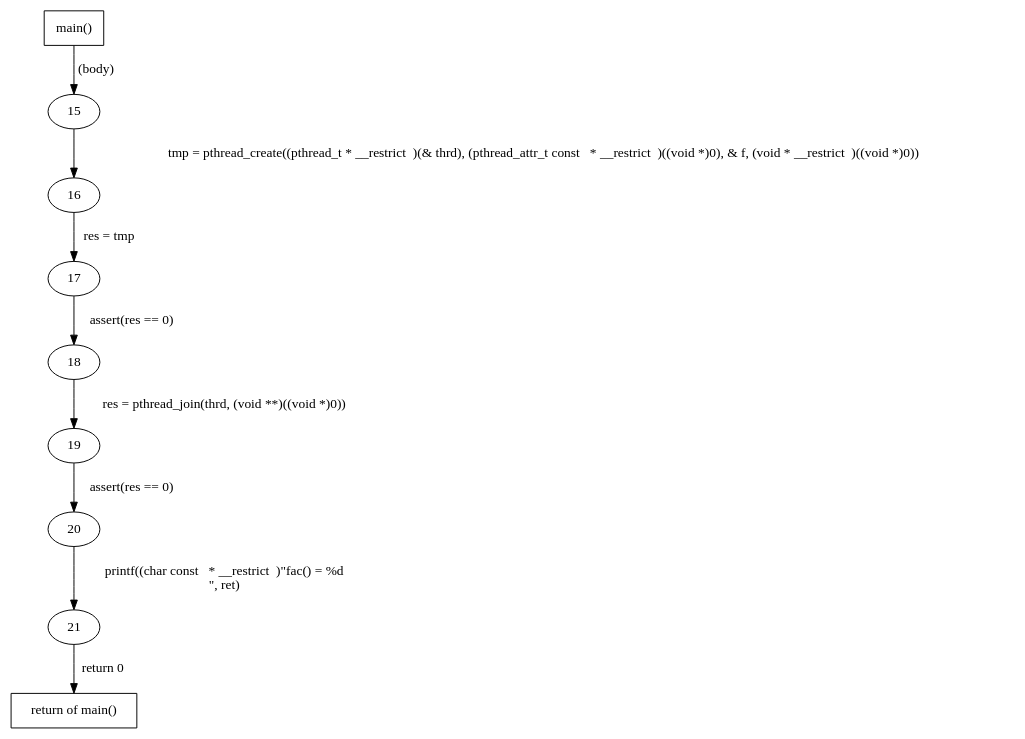
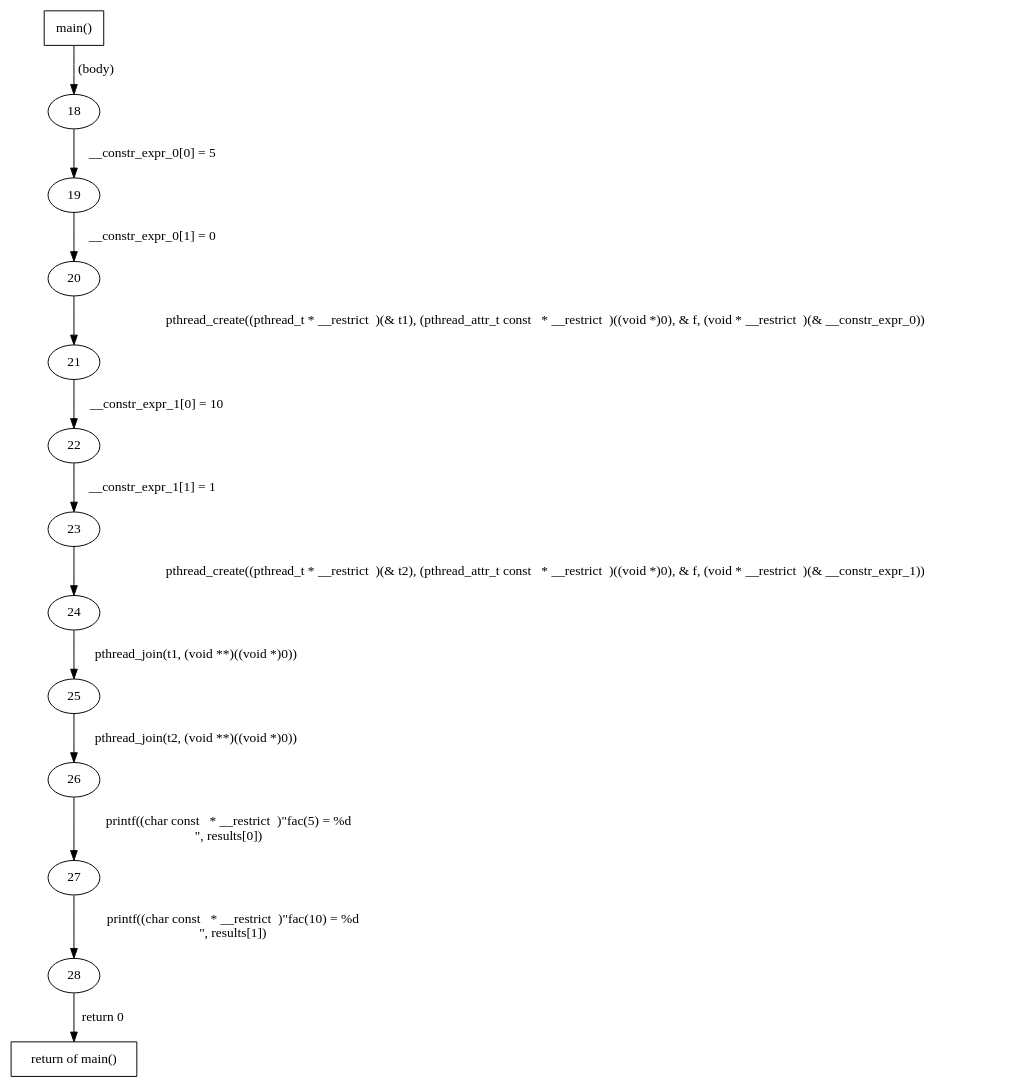
The diagram in public/dot/main.c/main.dot (goblint/gobview), drawn with Graphviz before and after one commit. The commit also changed 10 other files, not shown here.

```diff
--- a/public/dot/main.c/main.dot
+++ b/public/dot/main.c/main.dot
@@ -1,27 +1,39 @@
 digraph cfg {
-	21 -> ret530 [label = "return 0
+	28 -> ret532 [label = "return 0
 "] ;
-	20 -> 21 [label = "printf((char const   * __restrict  )&quot;fac() = %d\n&quot;, ret)
+	27 -> 28 [label = "printf((char const   * __restrict  )&quot;fac(10) = %d\n&quot;, results[1])
 "] ;
-	19 -> 20 [label = "assert(res == 0)
+	26 -> 27 [label = "printf((char const   * __restrict  )&quot;fac(5) = %d\n&quot;, results[0])
 "] ;
-	18 -> 19 [label = "res = pthread_join(thrd, (void **)((void *)0))
+	25 -> 26 [label = "pthread_join(t2, (void **)((void *)0))
 "] ;
-	17 -> 18 [label = "assert(res == 0)
+	24 -> 25 [label = "pthread_join(t1, (void **)((void *)0))
 "] ;
-	16 -> 17 [label = "res = tmp
+	23 -> 24 [label = "pthread_create((pthread_t * __restrict  )(&amp; t2), (pthread_attr_t const   * __restrict  )((void *)0), &amp; f, (void * __restrict  )(&amp; __constr_expr_1))
 "] ;
-	15 -> 16 [label = "tmp = pthread_create((pthread_t * __restrict  )(&amp; thrd), (pthread_attr_t const   * __restrict  )((void *)0), &amp; f, (void * __restrict  )((void *)0))
+	22 -> 23 [label = "__constr_expr_1[1] = 1
 "] ;
-	fun530 -> 15 [label = "(body)
+	21 -> 22 [label = "__constr_expr_1[0] = 10
 "] ;
-	16 [id="16",URL="javascript:show_info('\N');",fillcolor=white,style=filled,];
-	ret530 [id="ret530",URL="javascript:show_info('\N');",fillcolor=white,style=filled,label ="return of main()",shape=box];
-	17 [id="17",URL="javascript:show_info('\N');",fillcolor=white,style=filled,];
+	20 -> 21 [label = "pthread_create((pthread_t * __restrict  )(&amp; t1), (pthread_attr_t const   * __restrict  )((void *)0), &amp; f, (void * __restrict  )(&amp; __constr_expr_0))
+"] ;
+	19 -> 20 [label = "__constr_expr_0[1] = 0
+"] ;
+	18 -> 19 [label = "__constr_expr_0[0] = 5
+"] ;
+	fun532 -> 18 [label = "(body)
+"] ;
+	23 [id="23",URL="javascript:show_info('\N');",fillcolor=white,style=filled,];
+	ret532 [id="ret532",URL="javascript:show_info('\N');",fillcolor=white,style=filled,label ="return of main()",shape=box];
+	24 [id="24",URL="javascript:show_info('\N');",fillcolor=white,style=filled,];
+	25 [id="25",URL="javascript:show_info('\N');",fillcolor=white,style=filled,];
 	18 [id="18",URL="javascript:show_info('\N');",fillcolor=white,style=filled,];
+	26 [id="26",URL="javascript:show_info('\N');",fillcolor=white,style=filled,];
 	19 [id="19",URL="javascript:show_info('\N');",fillcolor=white,style=filled,];
+	27 [id="27",URL="javascript:show_info('\N');",fillcolor=white,style=filled,];
 	20 [id="20",URL="javascript:show_info('\N');",fillcolor=white,style=filled,];
+	28 [id="28",URL="javascript:show_info('\N');",fillcolor=white,style=filled,];
 	21 [id="21",URL="javascript:show_info('\N');",fillcolor=white,style=filled,];
-	fun530 [id="fun530",URL="javascript:show_info('\N');",fillcolor=white,style=filled,label ="main()",shape=box];
-	15 [id="15",URL="javascript:show_info('\N');",fillcolor=white,style=filled,];
+	fun532 [id="fun532",URL="javascript:show_info('\N');",fillcolor=white,style=filled,label ="main()",shape=box];
+	22 [id="22",URL="javascript:show_info('\N');",fillcolor=white,style=filled,];
 }
```
